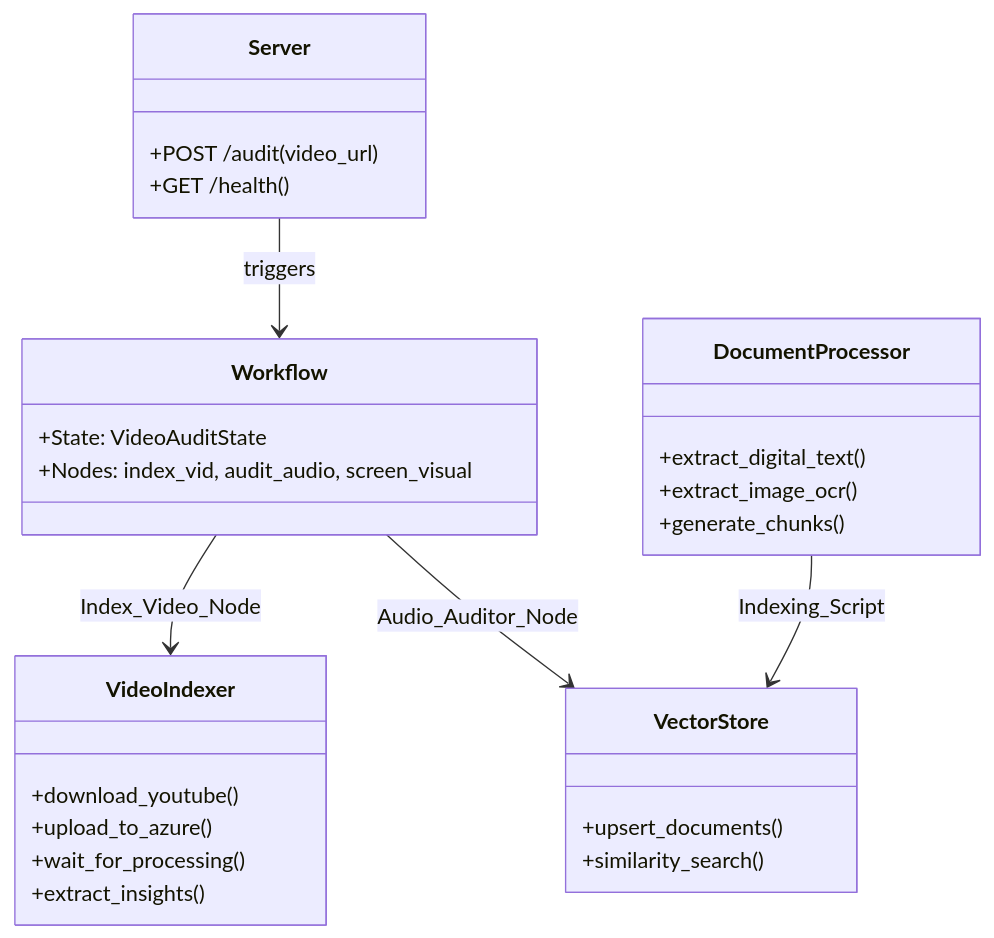
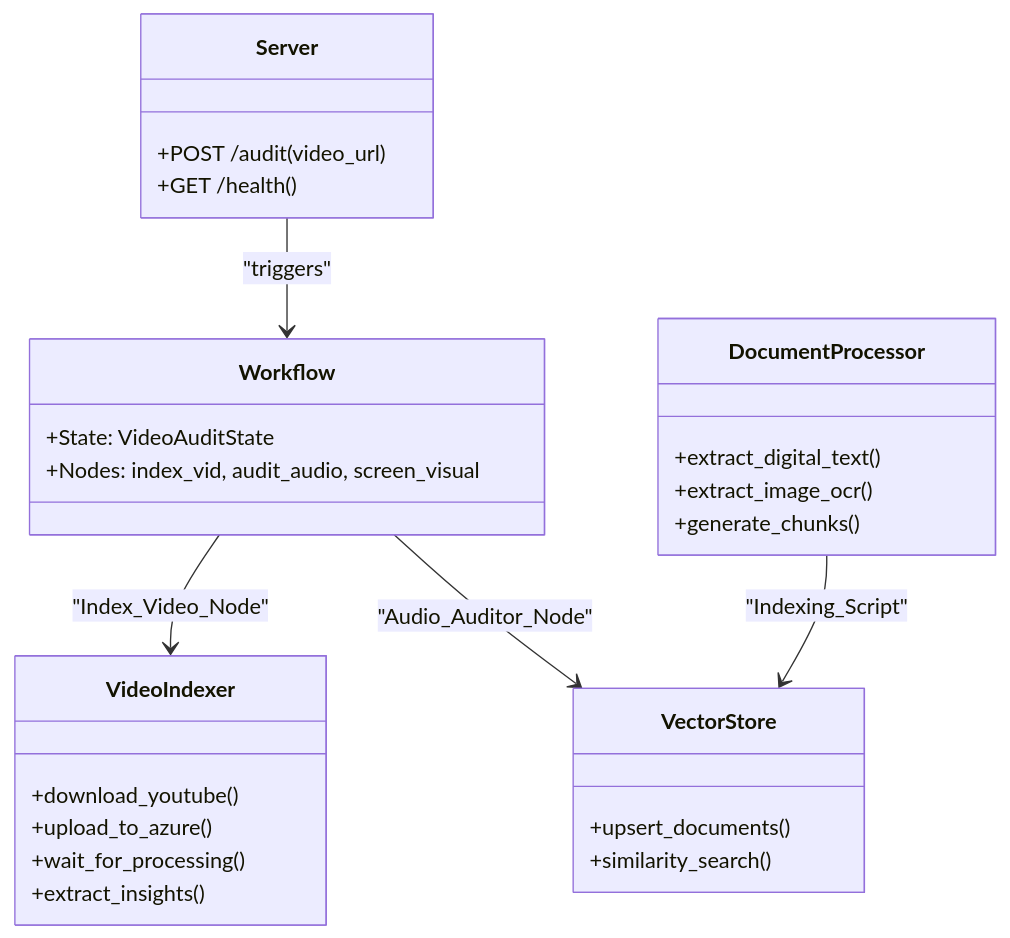
Before and after one commit to aammss4444/LLMOPS-Multimodal: the second of 3 diagrams in ARCHITECTURE.md, drawn with Mermaid. The commit also changed other lines of this file and 1 other file, not shown here.

Commit message:
docs: use quoted strings in mermaid diagrams for ultra compatibility

````diff
--- a/ARCHITECTURE.md
+++ b/ARCHITECTURE.md
@@ -33,31 +33,31 @@
 ```mermaid
 classDiagram
     class Server {
         +POST /audit(video_url)
         +GET /health()
     }
     class Workflow {
         +State: VideoAuditState
         +Nodes: index_vid, audit_audio, screen_visual
     }
     class VideoIndexer {
         +download_youtube()
         +upload_to_azure()
         +wait_for_processing()
         +extract_insights()
     }
     class DocumentProcessor {
         +extract_digital_text()
         +extract_image_ocr()
         +generate_chunks()
     }
     class VectorStore {
         +upsert_documents()
         +similarity_search()
     }
 
-    Server --> Workflow : triggers
-    Workflow --> VideoIndexer : Index_Video_Node
-    Workflow --> VectorStore : Audio_Auditor_Node
-    DocumentProcessor --> VectorStore : Indexing_Script
+    Server --> Workflow : "triggers"
+    Workflow --> VideoIndexer : "Index_Video_Node"
+    Workflow --> VectorStore : "Audio_Auditor_Node"
+    DocumentProcessor --> VectorStore : "Indexing_Script"
 ```
````
